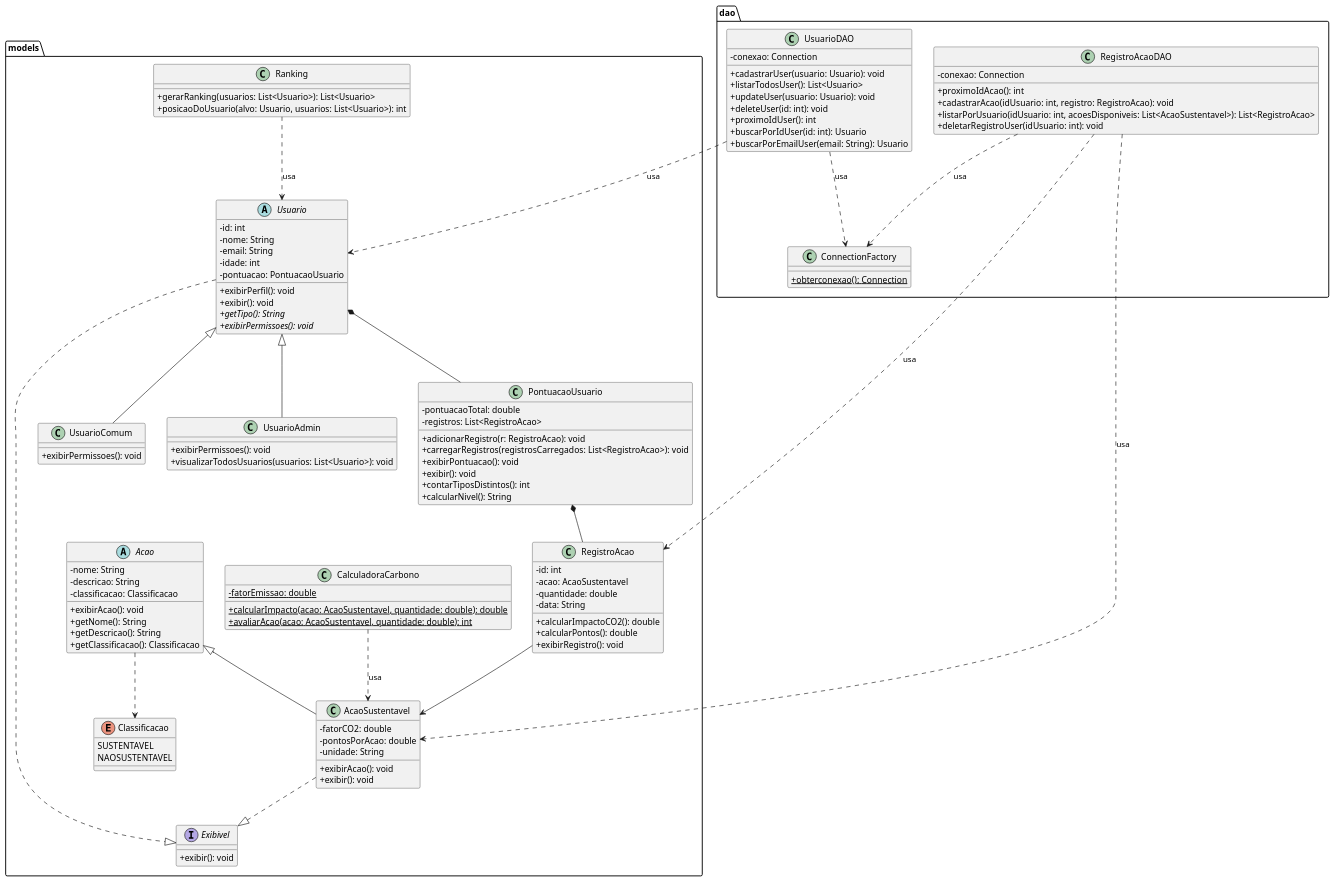
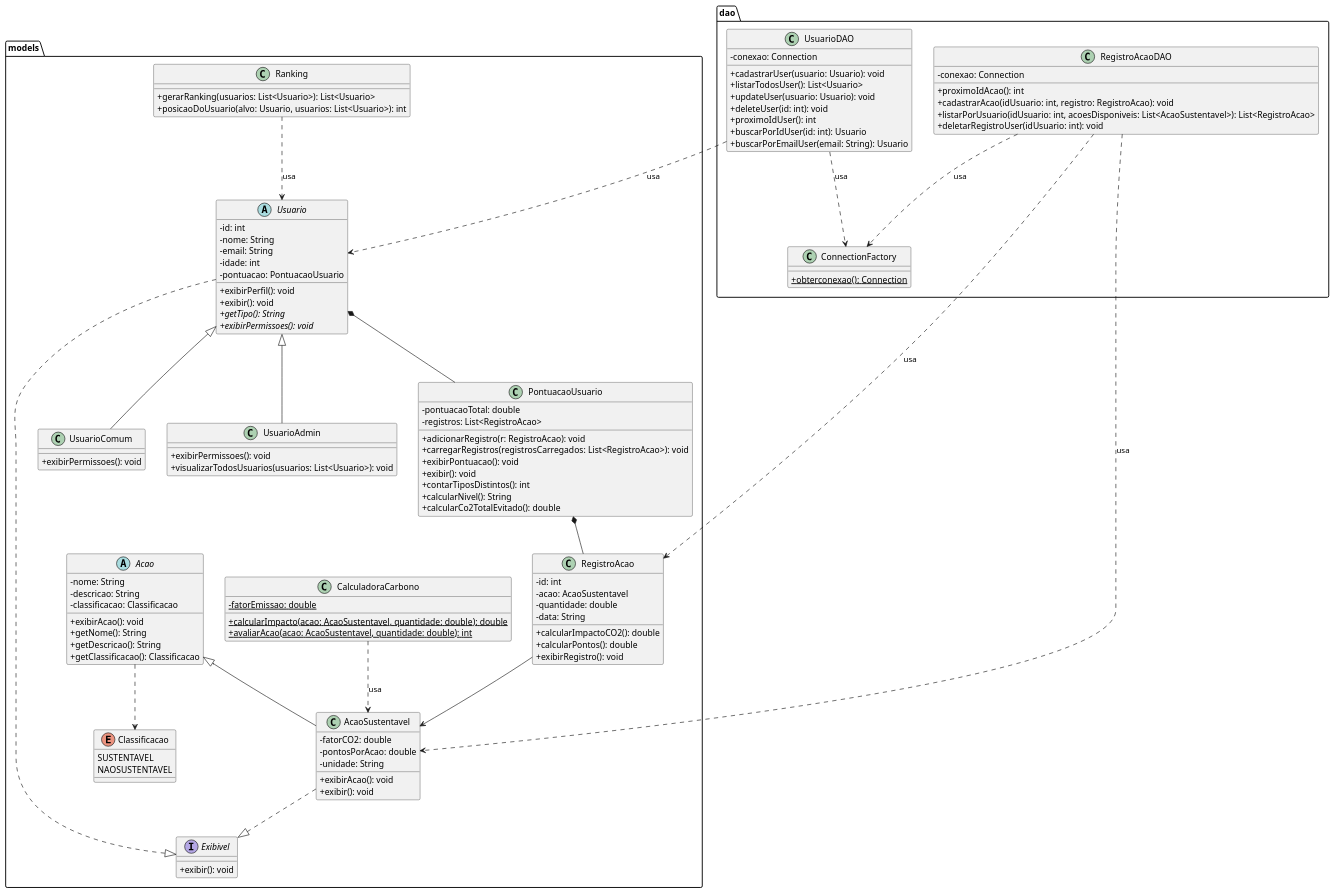
The diagram in rankup_diagrama.puml (RankUp-TDSPJ/RankUp-Java), drawn with PlantUML before and after one commit. The commit also changed 2 other files, not shown here.

Commit message:
nivel de co2 evitado mostrando agora

```diff
--- a/rankup_diagrama.puml
+++ b/rankup_diagrama.puml
@@ -1,135 +1,136 @@
 @startuml RankUp
 skinparam classAttributeIconSize 0
 
 package "models" {
 
     interface Exibivel {
       +exibir(): void
     }
 
     abstract class Usuario {
       -id: int
       -nome: String
       -email: String
       -idade: int
       -pontuacao: PontuacaoUsuario
       +exibirPerfil(): void
       +exibir(): void
       +{abstract} getTipo(): String
       +{abstract} exibirPermissoes(): void
     }
 
     class UsuarioComum {
       +exibirPermissoes(): void
     }
 
     class UsuarioAdmin {
       +exibirPermissoes(): void
       +visualizarTodosUsuarios(usuarios: List<Usuario>): void
     }
 
     class PontuacaoUsuario {
       -pontuacaoTotal: double
       -registros: List<RegistroAcao>
       +adicionarRegistro(r: RegistroAcao): void
       +carregarRegistros(registrosCarregados: List<RegistroAcao>): void
       +exibirPontuacao(): void
       +exibir(): void
       +contarTiposDistintos(): int
       +calcularNivel(): String
+      +calcularCo2TotalEvitado(): double
     }
 
     class RegistroAcao {
       -id: int
       -acao: AcaoSustentavel
       -quantidade: double
       -data: String
       +calcularImpactoCO2(): double
       +calcularPontos(): double
       +exibirRegistro(): void
     }
 
     class CalculadoraCarbono {
       -{static} fatorEmissao: double
       +{static} calcularImpacto(acao: AcaoSustentavel, quantidade: double): double
       +{static} avaliarAcao(acao: AcaoSustentavel, quantidade: double): int
     }
 
     abstract class Acao {
       -nome: String
       -descricao: String
       -classificacao: Classificacao
       +exibirAcao(): void
       +getNome(): String
       +getDescricao(): String
       +getClassificacao(): Classificacao
     }
 
     class AcaoSustentavel {
       -fatorCO2: double
       -pontosPorAcao: double
       -unidade: String
       +exibirAcao(): void
       +exibir(): void
     }
 
     enum Classificacao {
       SUSTENTAVEL
       NAOSUSTENTAVEL
     }
 
     class Ranking {
       +gerarRanking(usuarios: List<Usuario>): List<Usuario>
       +posicaoDoUsuario(alvo: Usuario, usuarios: List<Usuario>): int
     }
 }
 
 package "dao" {
 
     class ConnectionFactory {
       +{static} obterconexao(): Connection
     }
 
     class UsuarioDAO {
       -conexao: Connection
       +cadastrarUser(usuario: Usuario): void
       +listarTodosUser(): List<Usuario>
       +updateUser(usuario: Usuario): void
       +deleteUser(id: int): void
       +proximoIdUser(): int
       +buscarPorIdUser(id: int): Usuario
       +buscarPorEmailUser(email: String): Usuario
     }
 
     class RegistroAcaoDAO {
       -conexao: Connection
       +proximoIdAcao(): int
       +cadastrarAcao(idUsuario: int, registro: RegistroAcao): void
       +listarPorUsuario(idUsuario: int, acoesDisponiveis: List<AcaoSustentavel>): List<RegistroAcao>
       +deletarRegistroUser(idUsuario: int): void
     }
 }
 
 ' ===== Heranca e interfaces =====
 Usuario ..|> Exibivel
 AcaoSustentavel ..|> Exibivel
 Usuario <|-- UsuarioComum
 Usuario <|-- UsuarioAdmin
 Acao <|-- AcaoSustentavel
 
 ' ===== Composicao / associacao dentro de models =====
 Usuario *-- PontuacaoUsuario
 PontuacaoUsuario *-- RegistroAcao
 RegistroAcao --> AcaoSustentavel
 CalculadoraCarbono ..> AcaoSustentavel : usa
 Acao ..> Classificacao
 Ranking ..> Usuario : usa
 
 ' ===== Camada DAO =====
 UsuarioDAO ..> Usuario : usa
 UsuarioDAO ..> ConnectionFactory : usa
 RegistroAcaoDAO ..> RegistroAcao : usa
 RegistroAcaoDAO ..> AcaoSustentavel : usa
 RegistroAcaoDAO ..> ConnectionFactory : usa
 
 @enduml
```
